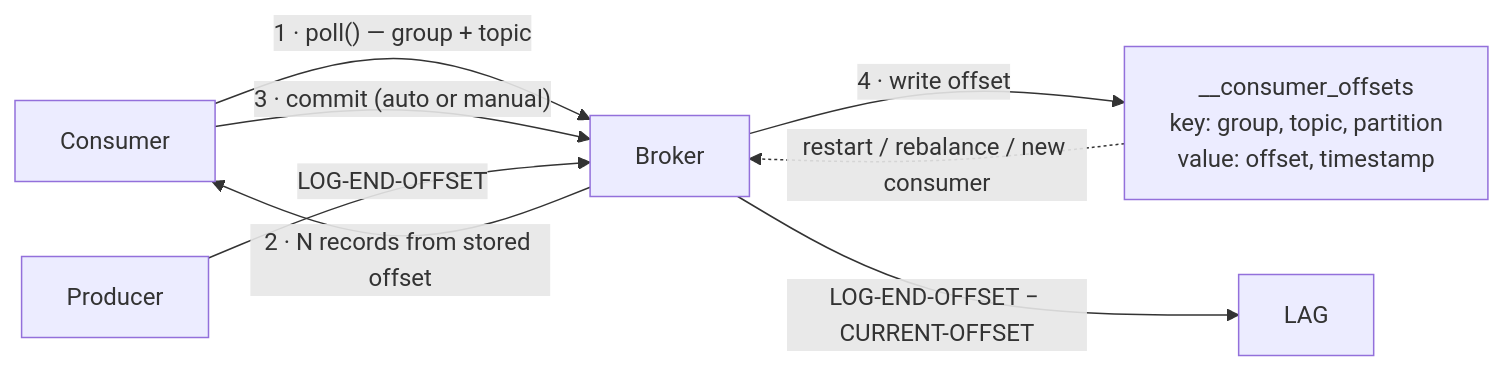
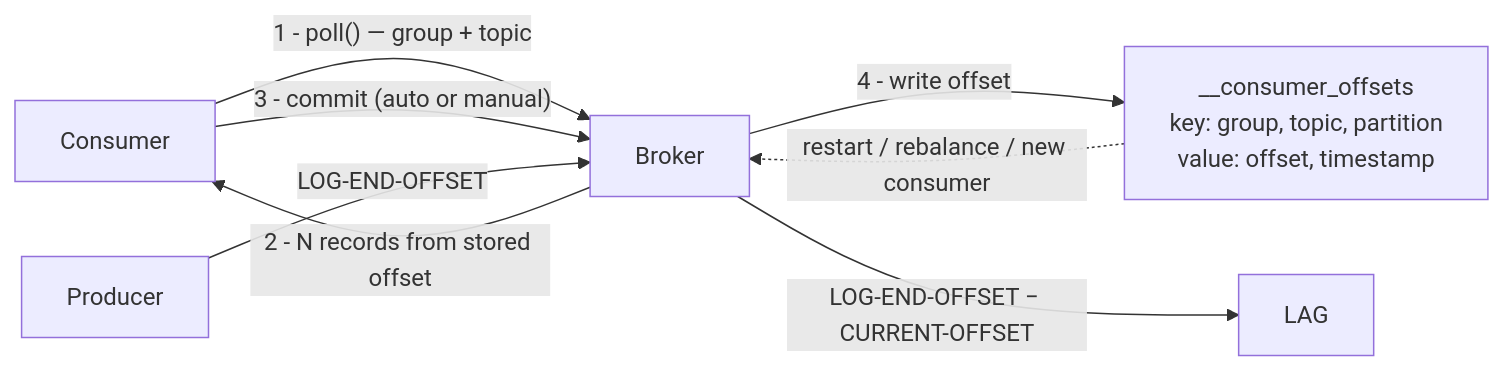
The diagram in kafka/07-consumer-offsets-and-lag/README.md (89himanshu-dwivedi/enterprise-stack-zero-to-architect), drawn with Mermaid before and after one commit. The commit also changed 21 other files, not shown here.

First line of the commit message:
Fix mermaid diagrams that failed to render on GitHub

````diff
--- a/kafka/07-consumer-offsets-and-lag/README.md
+++ b/kafka/07-consumer-offsets-and-lag/README.md
@@ -285,10 +285,10 @@
 ```mermaid
 flowchart LR
-    C["Consumer"] -->|"1 · poll() — group + topic"| B["Broker"]
-    B -->|"2 · N records from stored offset"| C
-    C -->|"3 · commit (auto or manual)"| B
-    B -->|"4 · write offset"| O["__consumer_offsets<br/>key: group, topic, partition<br/>value: offset, timestamp"]
+    C["Consumer"] -->|"1 - poll() — group + topic"| B["Broker"]
+    B -->|"2 - N records from stored offset"| C
+    C -->|"3 - commit (auto or manual)"| B
+    B -->|"4 - write offset"| O["__consumer_offsets<br/>key: group, topic, partition<br/>value: offset, timestamp"]
     O -.->|"restart / rebalance / new consumer"| B
     P["Producer"] -->|"LOG-END-OFFSET"| B
     B -->|"LOG-END-OFFSET − CURRENT-OFFSET"| L["LAG"]
 ```
````
